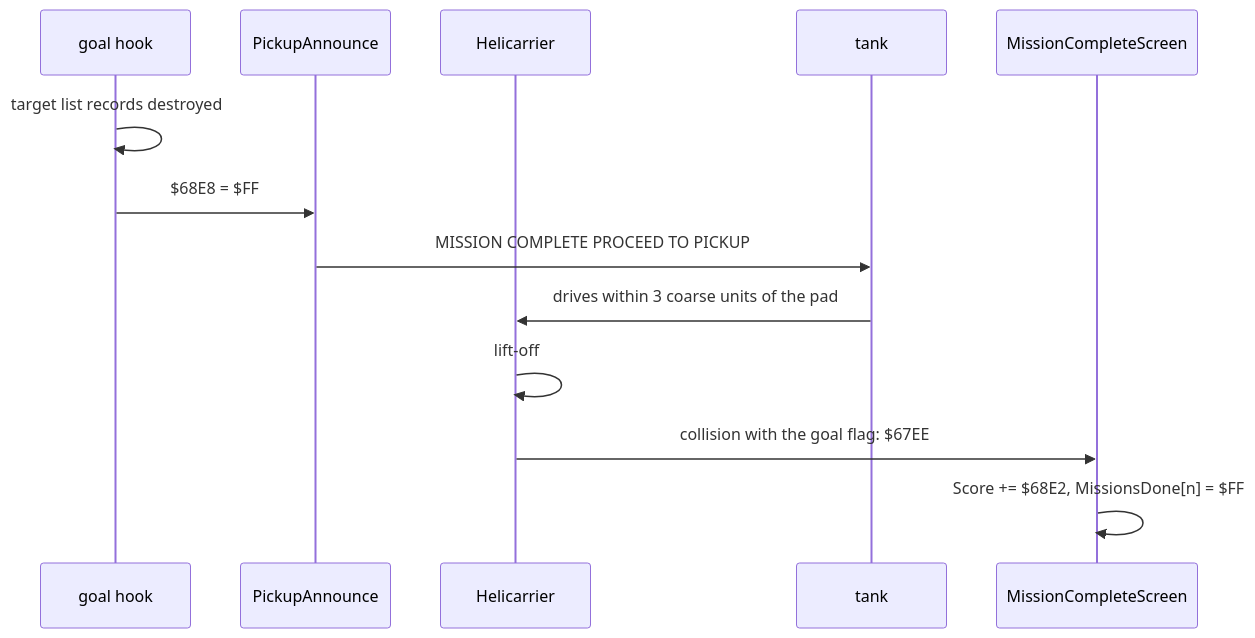
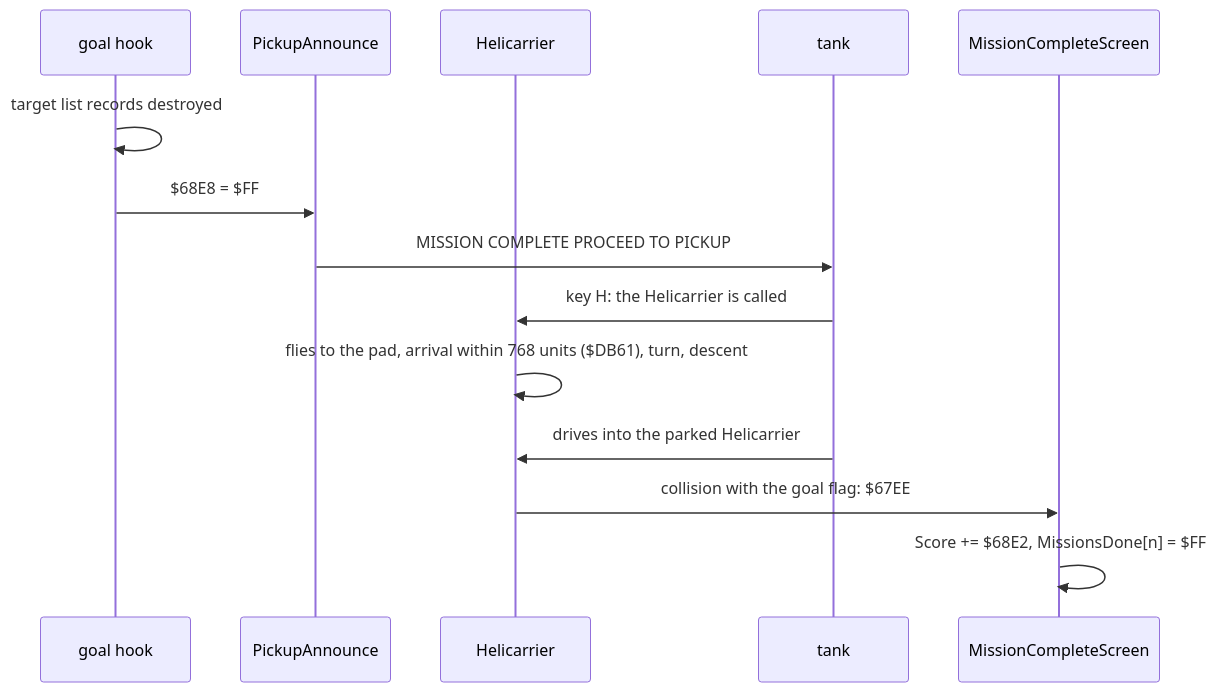
One commit to alfishe/unrealng-reverse-cases changed the ninth of 12 diagrams in games/battle-command/docs/10-gameplay-logic.md. Above: the diagram before and after it, drawn with Mermaid. The commit also changed other lines of this file and 105 other files, not shown here.

````diff
--- a/games/battle-command/docs/10-gameplay-logic.md
+++ b/games/battle-command/docs/10-gameplay-logic.md
@@ -722,15 +735,16 @@
 ```mermaid
 sequenceDiagram
   participant G as goal hook
   participant P as PickupAnnounce
   participant H as Helicarrier
   participant T as tank
   participant C as MissionCompleteScreen
   G->>G: target list records destroyed
   G->>P: $68E8 = $FF
   P->>T: MISSION COMPLETE PROCEED TO PICKUP
-  T->>H: drives within 3 coarse units of the pad
-  H->>H: lift-off
+  T->>H: key H: the Helicarrier is called
+  H->>H: flies to the pad, arrival within 768 units ($DB61), turn, descent
+  T->>H: drives into the parked Helicarrier
   H->>C: collision with the goal flag: $67EE
   C->>C: Score += $68E2, MissionsDone[n] = $FF
 ```
````
